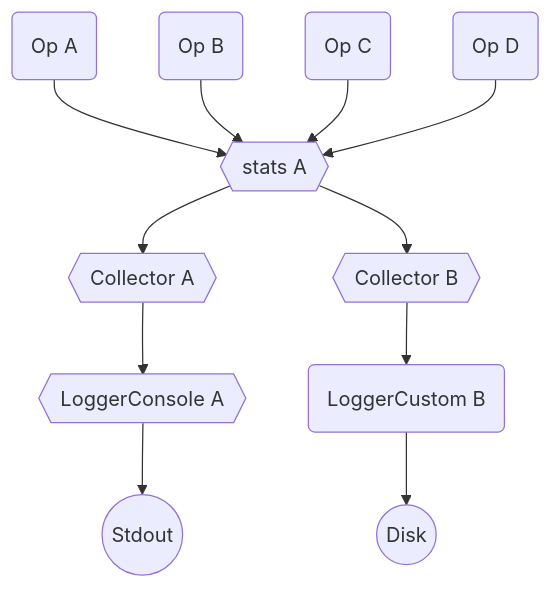
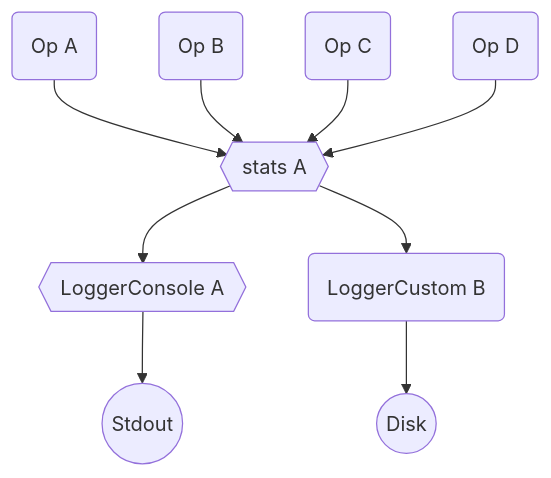
The first of 2 diagrams in README.md (facebookresearch/shumai), drawn with Mermaid before and after one commit. The commit also changed other lines of this file and 18 other files, not shown here.

````diff
--- a/README.md
+++ b/README.md
@@ -330,11 +330,11 @@
 ```mermaid
 graph TD
   OpA(Op A) --> statsA{{"stats A"}};
   OpB(Op B) --> statsA;
-  statsA --> CollectorA{{"Collector A"}};
-  CollectorA --> LoggerA{{"LoggerConsole A"}} --> Stdout(("Stdout"));
+  statsA --> LoggerA{{"LoggerConsole A"}};
+  LoggerA --> Stdout(("Stdout"));
   OpC(Op C) --> statsA;
   OpD(Op D) --> statsA;
-  statsA --> CollectorB{{"Collector B"}};
-  CollectorB --> LoggerB("LoggerCustom B") --> Disk(("Disk"));
+  statsA --> LoggerB("LoggerCustom B");
+  LoggerB --> Disk(("Disk"));
 ```
````
